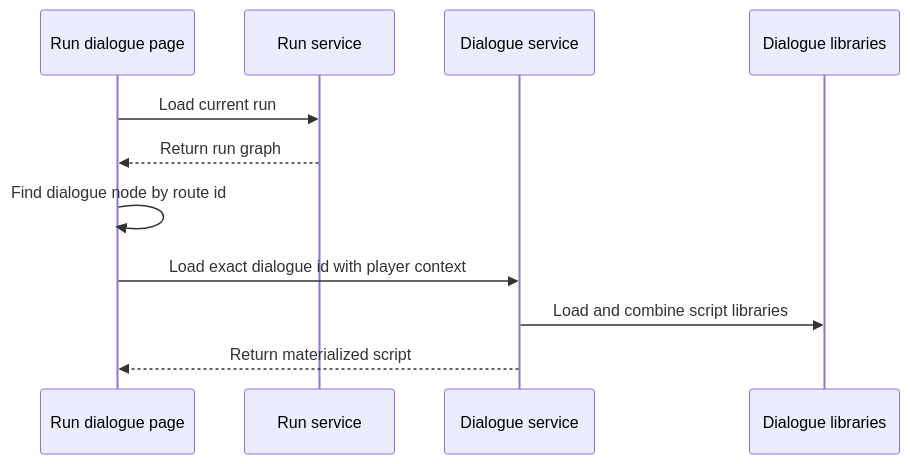
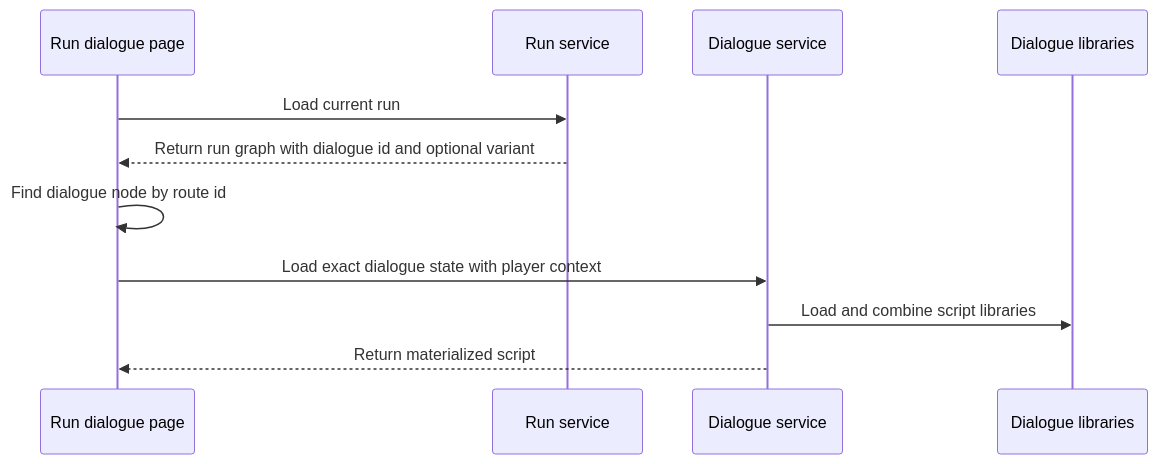
Before and after one commit to NickGrant/DiceGoblin: the third of 5 diagrams in documentation/02-systems/04-dialogue-flow-determination.md, drawn with Mermaid. The commit also changed other lines of this file, not shown here.

Commit message:
docs: define dialogue variants and milestone completion flow

````diff
--- a/documentation/02-systems/04-dialogue-flow-determination.md
+++ b/documentation/02-systems/04-dialogue-flow-determination.md
@@ -66,14 +106,14 @@
 ```mermaid
 sequenceDiagram
   participant P as Run dialogue page
   participant R as Run service
   participant D as Dialogue service
   participant L as Dialogue libraries
 
   P->>R: Load current run
-  R-->>P: Return run graph
+  R-->>P: Return run graph with dialogue id and optional variant
   P->>P: Find dialogue node by route id
-  P->>D: Load exact dialogue id with player context
+  P->>D: Load exact dialogue state with player context
   D->>L: Load and combine script libraries
   D-->>P: Return materialized script
 ```
````
